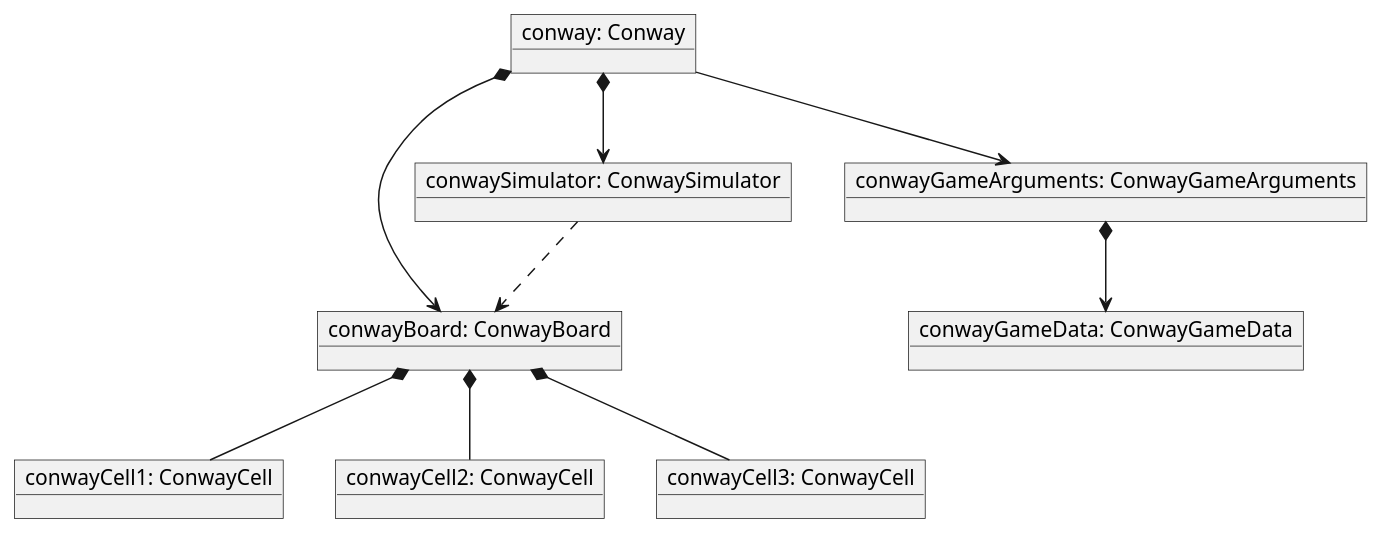
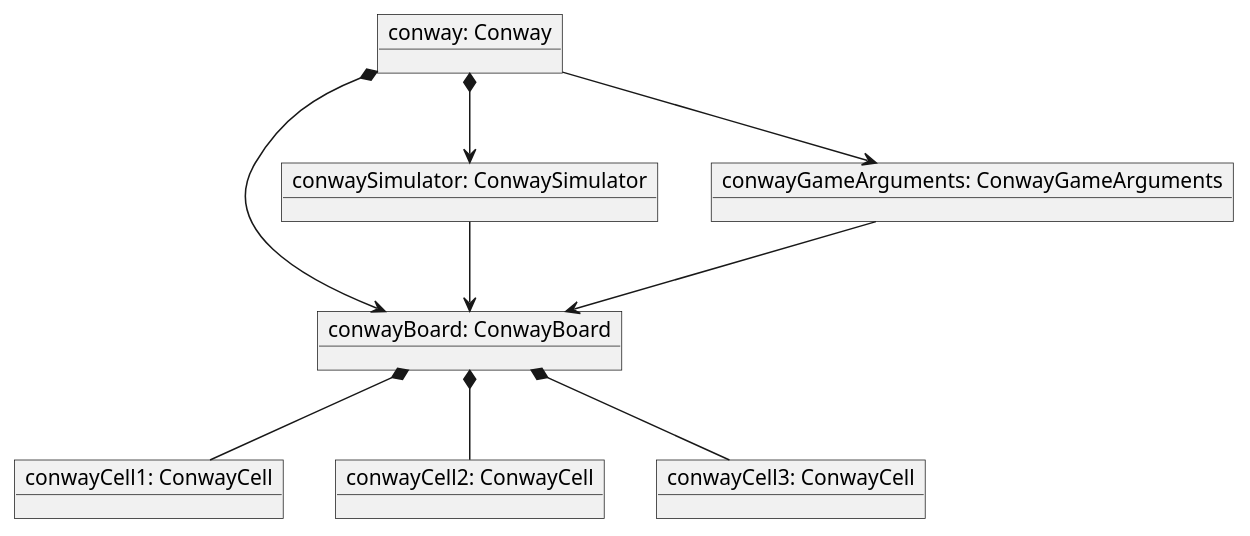
The diagram in _models/object_diagram.puml (Sileye54/Conway-Game-of-Life), drawn with PlantUML before and after one commit. The commit also changed 1 other file, not shown here.

Commit message:
Met a jour diagramme de  classe et d'objet

```diff
--- a/_models/object_diagram.puml
+++ b/_models/object_diagram.puml
@@ -1,19 +1,18 @@
 @startuml
 object "conway: Conway" as conway
 object "conwayBoard: ConwayBoard" as board
 object "conwaySimulator: ConwaySimulator" as simulator
 object "conwayGameArguments: ConwayGameArguments" as args
-object "conwayGameData: ConwayGameData" as data
 object "conwayCell1: ConwayCell" as c1
 object "conwayCell2: ConwayCell" as c2
 object "conwayCell3: ConwayCell" as c3
 
 conway *--> board
 conway *--> simulator
 conway --> args
-args *--> data
-simulator ..> board
+simulator --> board
+args --> board
 board *-- c1
 board *-- c2
 board *-- c3
 @enduml
```
